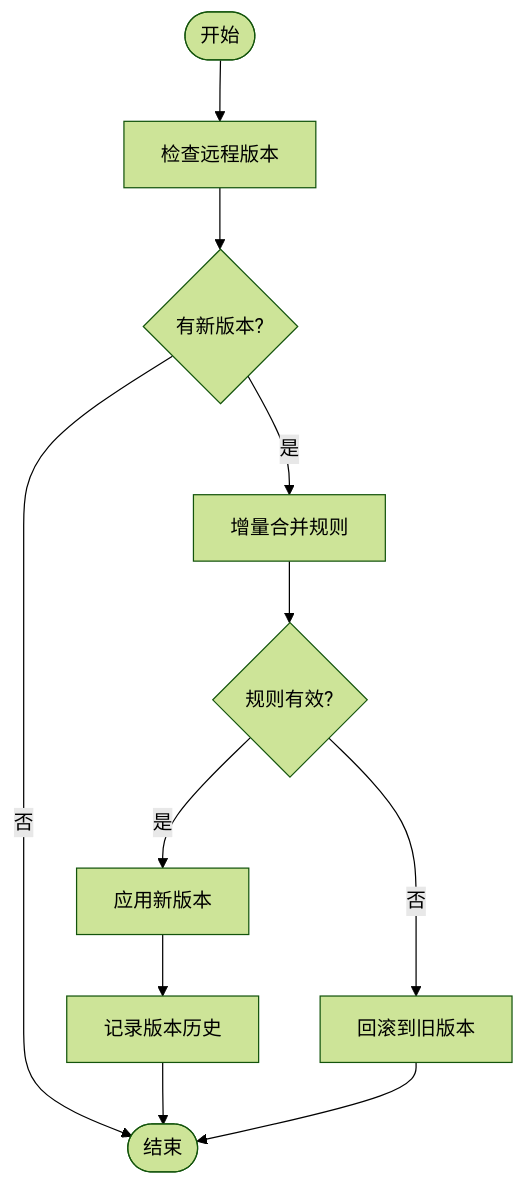
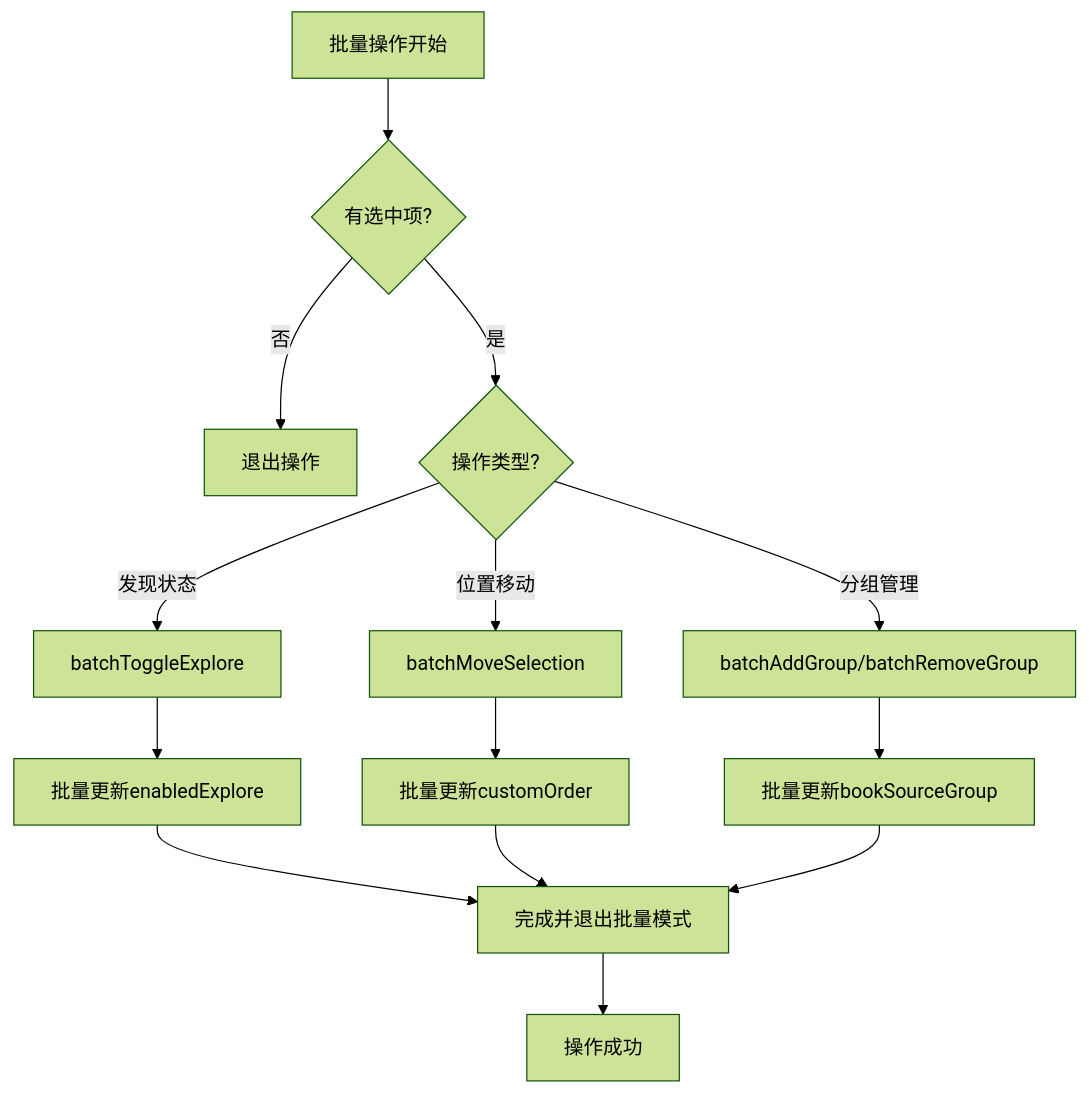
Before and after one commit to ZhangGHGitHub/LegadoTeamFlutter: the fourth of 9 diagrams in .qoder/repowiki/zh/content/Flutter跨平台应用/状态管理/源Provider/源Provider.md, drawn with Mermaid (forest theme). The commit also changed other lines of this file and 173 other files, not shown here.

````diff
--- a/.qoder/repowiki/zh/content/Flutter跨平台应用/状态管理/源Provider/源Provider.md
+++ b/.qoder/repowiki/zh/content/Flutter跨平台应用/状态管理/源Provider/源Provider.md
@@ -261,13 +244,16 @@
 ```mermaid
 flowchart TD
-Start(["开始"]) --> CheckRemote["检查远程版本"]
-CheckRemote --> HasUpdate{"有新版本?"}
-HasUpdate --> |否| End(["结束"])
-HasUpdate --> |是| Merge["增量合并规则"]
-Merge --> ValidateRule{"规则有效?"}
-ValidateRule --> |否| Rollback["回滚到旧版本"]
-ValidateRule --> |是| Apply["应用新版本"]
-Apply --> Record["记录版本历史"]
-Record --> End
-Rollback --> End
+BatchStart["批量操作开始"] --> CheckSelect{"有选中项?"}
+CheckSelect --> |否| Exit["退出操作"]
+CheckSelect --> |是| OperationType{"操作类型?"}
+OperationType --> |发现状态| ToggleExplore["batchToggleExplore"]
+OperationType --> |位置移动| MoveSelection["batchMoveSelection"]
+OperationType --> |分组管理| ManageGroups["batchAddGroup/batchRemoveGroup"]
+ToggleExplore --> UpdateExplore["批量更新enabledExplore"]
+MoveSelection --> UpdateOrder["批量更新customOrder"]
+ManageGroups --> UpdateGroups["批量更新bookSourceGroup"]
+UpdateExplore --> Complete["完成并退出批量模式"]
+UpdateOrder --> Complete
+UpdateGroups --> Complete
+Complete --> Success["操作成功"]
 ```
````
